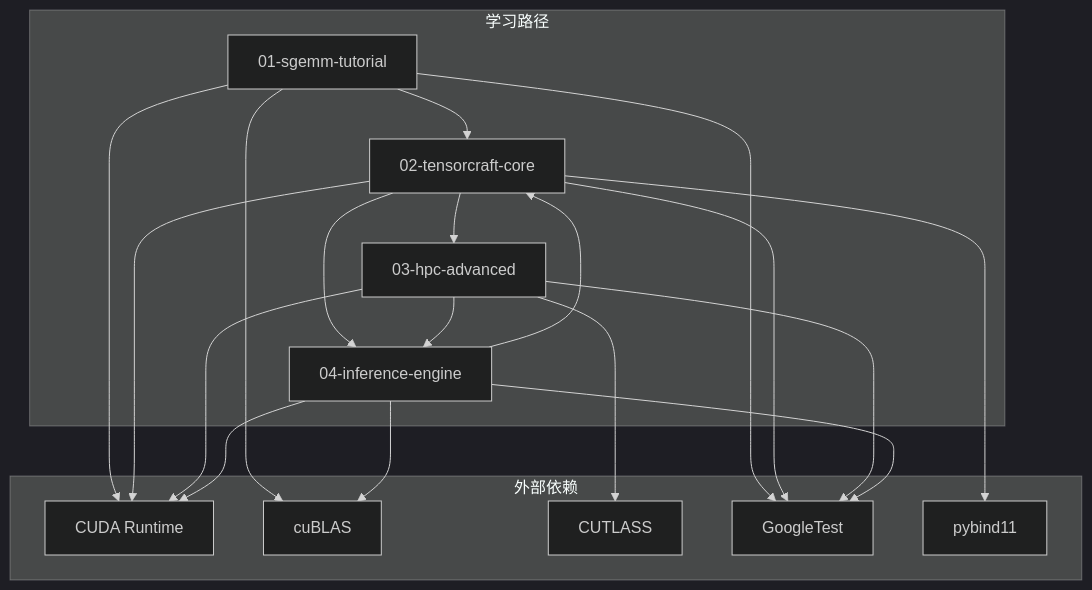
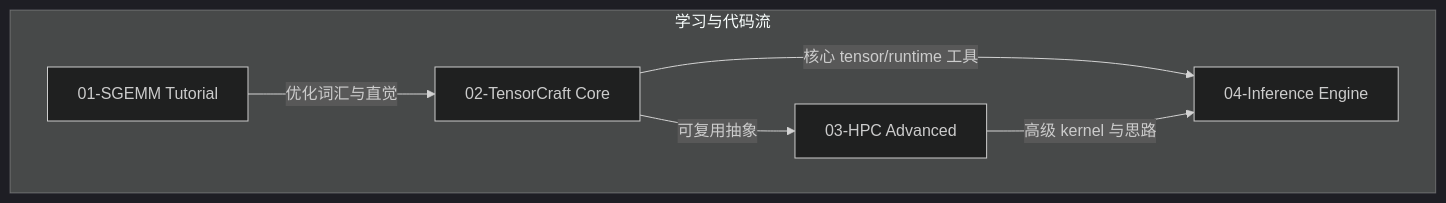
Before and after one commit to LessUp/cuda-kernel-academy: the first of 2 diagrams in docs/zh/whitepaper/architecture.md, drawn with Mermaid (dark theme). The commit also changed other lines of this file and 45 other files, not shown here.

````diff
--- a/docs/zh/whitepaper/architecture.md
+++ b/docs/zh/whitepaper/architecture.md
@@ -42,36 +35,14 @@
 ```mermaid
 flowchart TB
-    subgraph 学习路径
-        M1[01-sgemm-tutorial]
-        M2[02-tensorcraft-core]
-        M3[03-hpc-advanced]
-        M4[04-inference-engine]
+    subgraph 学习与代码流
+        M1[01-SGEMM Tutorial]
+        M2[02-TensorCraft Core]
+        M3[03-HPC Advanced]
+        M4[04-Inference Engine]
     end
-    
-    M1 --> M2
-    M2 --> M3
-    M2 --> M4
-    M3 --> M4
-    
-    subgraph 外部依赖
-        CUDA[CUDA Runtime]
-        cuBLAS[cuBLAS]
-        CUTLASS[CUTLASS]
-        GTest[GoogleTest]
-        pybind[pybind11]
-    end
-    
-    M1 --> CUDA
-    M1 --> cuBLAS
-    M1 --> GTest
-    M2 --> CUDA
-    M2 --> pybind
-    M2 --> GTest
-    M3 --> CUDA
-    M3 --> CUTLASS
-    M3 --> GTest
-    M4 --> M2
-    M4 --> CUDA
-    M4 --> cuBLAS
-    M4 --> GTest
+
+    M1 -->|优化词汇与直觉| M2
+    M2 -->|可复用抽象| M3
+    M2 -->|核心 tensor/runtime 工具| M4
+    M3 -->|高级 kernel 与思路| M4
 ```
````
